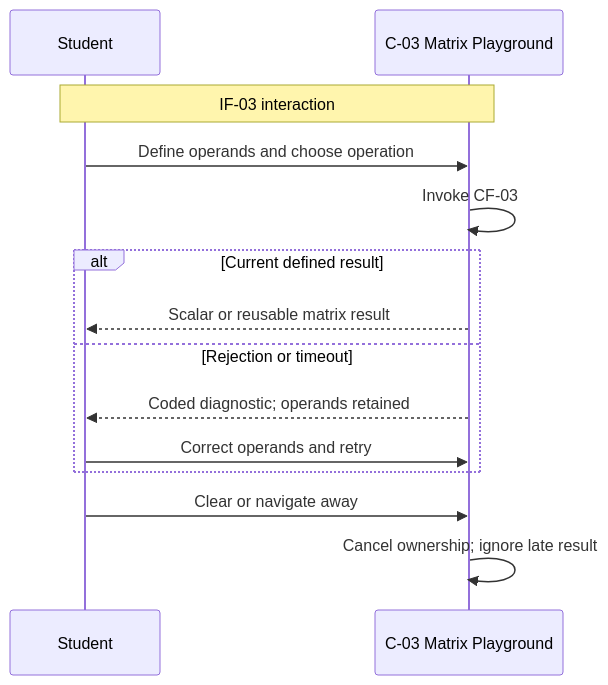
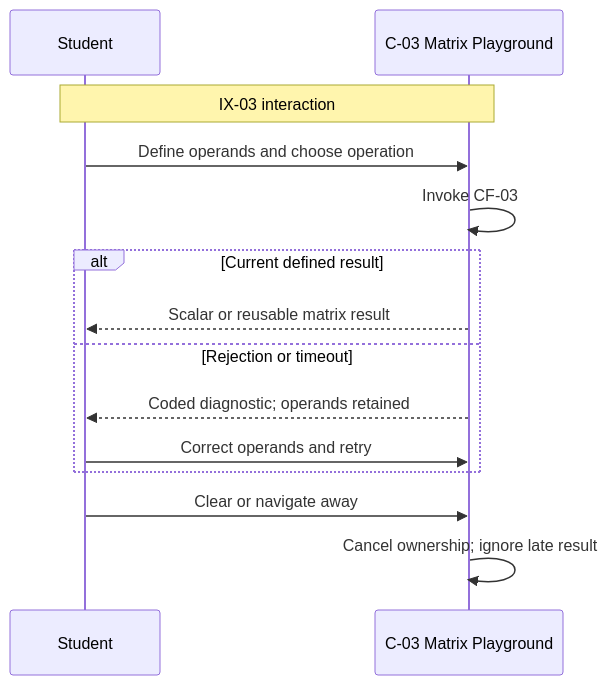
Before and after one commit to hailingu/orange: diagram 11 of 14 in docs/architecture/ADD-0001-orange-v1-baseline.md, drawn with Mermaid. The commit also changed other lines of this file and 1 other file, not shown here.

First line of the commit message:
docs(architecture): approve ADD-0001 V1 baseline to Current

````diff
--- a/docs/architecture/ADD-0001-orange-v1-baseline.md
+++ b/docs/architecture/ADD-0001-orange-v1-baseline.md
@@ -686,16 +687,16 @@
 ```mermaid
 sequenceDiagram
     participant Student
     participant C03 as C-03 Matrix Playground
-    Note over Student,C03: IF-03 interaction
+    Note over Student,C03: IX-03 interaction
     Student->>C03: Define operands and choose operation
     C03->>C03: Invoke CF-03
     alt Current defined result
         C03-->>Student: Scalar or reusable matrix result
     else Rejection or timeout
         C03-->>Student: Coded diagnostic#59; operands retained
         Student->>C03: Correct operands and retry
     end
     Student->>C03: Clear or navigate away
     C03->>C03: Cancel ownership#59; ignore late result
 ```
````
